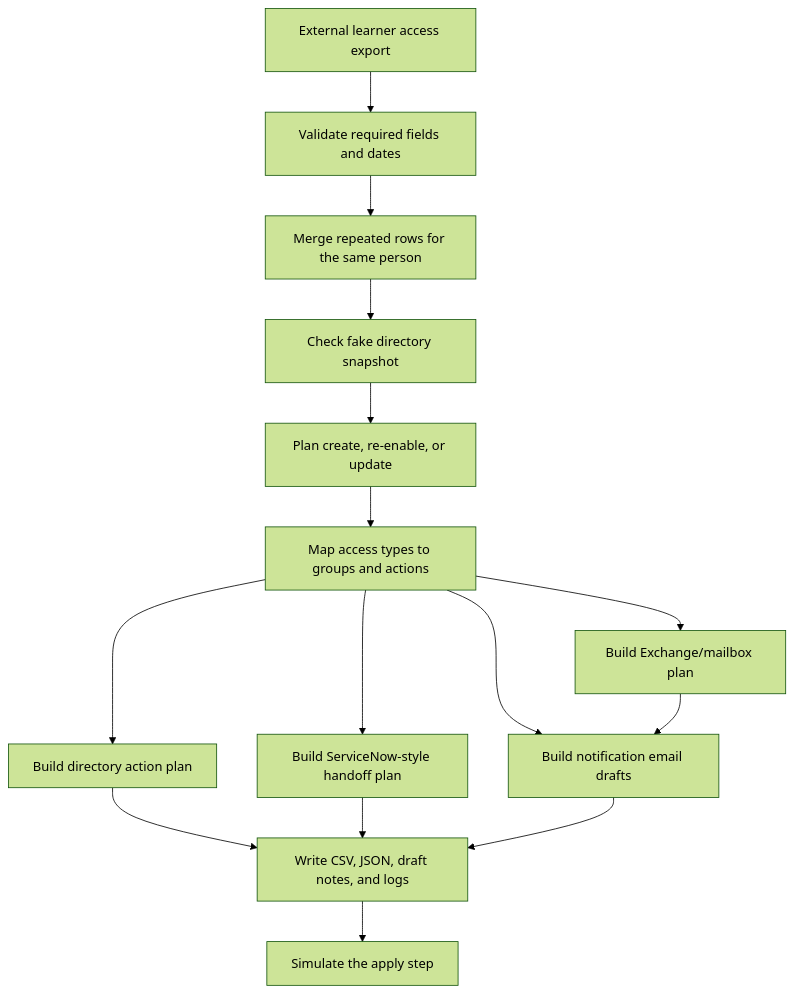
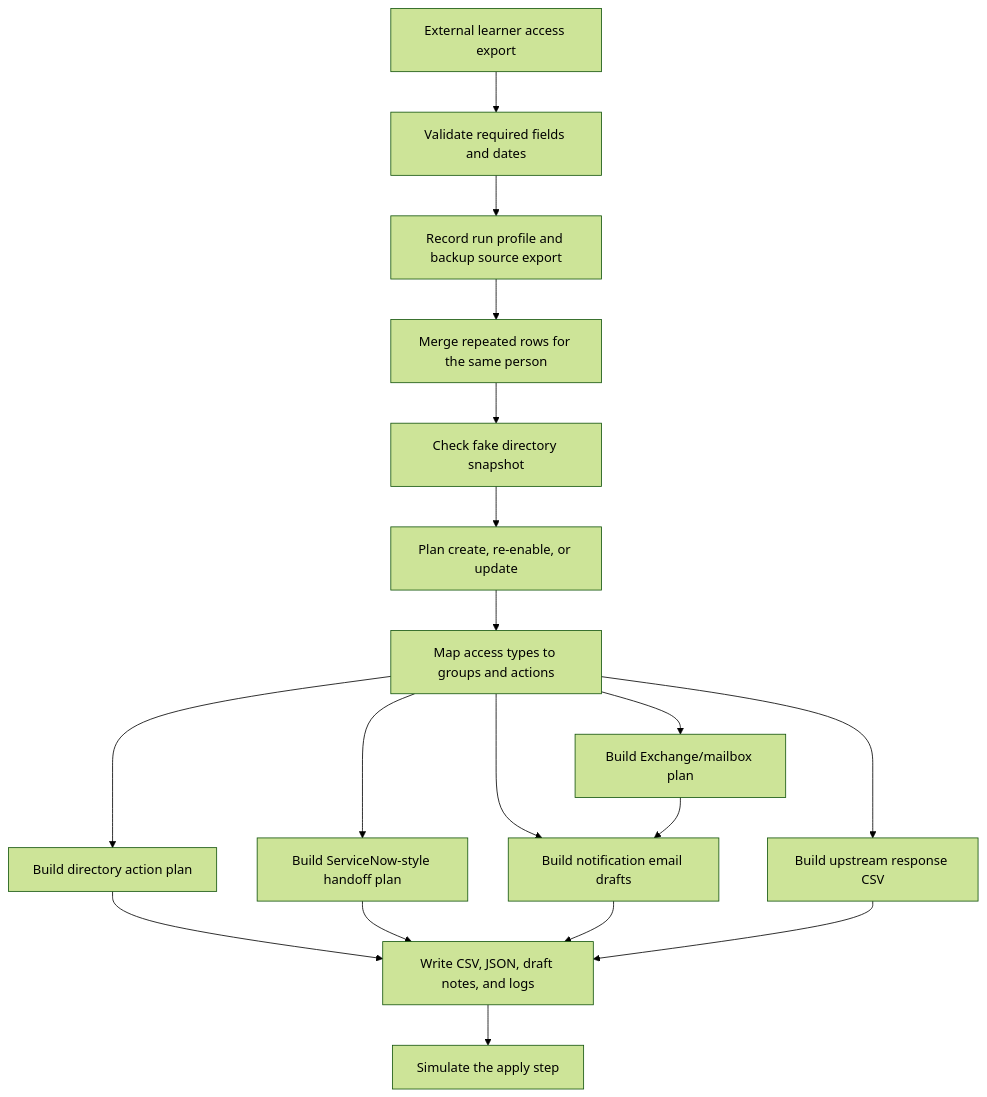
The diagram in enterprise-healthcare-systems/learner-onboarding-automation/README.md (benthompsondev/enterprise-powershell-systems), drawn with Mermaid (forest theme) before and after one commit. The commit also changed other lines of this file and 17 other files, not shown here.

````diff
--- a/enterprise-healthcare-systems/learner-onboarding-automation/README.md
+++ b/enterprise-healthcare-systems/learner-onboarding-automation/README.md
@@ -31,17 +36,20 @@
 ```mermaid
 flowchart TD
     A["External learner access export"] --> B["Validate required fields and dates"]
-    B --> C["Merge repeated rows for the same person"]
-    C --> D["Check fake directory snapshot"]
-    D --> E["Plan create, re-enable, or update"]
-    E --> F["Map access types to groups and actions"]
-    F --> G["Build directory action plan"]
-    F --> H["Build Exchange/mailbox plan"]
-    F --> I["Build ServiceNow-style handoff plan"]
-    F --> J["Build notification email drafts"]
-    G --> K["Write CSV, JSON, draft notes, and logs"]
-    H --> J
+    B --> C["Record run profile and backup source export"]
+    C --> D["Merge repeated rows for the same person"]
+    D --> E["Check fake directory snapshot"]
+    E --> F["Plan create, re-enable, or update"]
+    F --> G["Map access types to groups and actions"]
+    G --> H["Build directory action plan"]
+    G --> I["Build Exchange/mailbox plan"]
+    G --> J["Build ServiceNow-style handoff plan"]
+    G --> K["Build notification email drafts"]
+    G --> L["Build upstream response CSV"]
+    H --> M["Write CSV, JSON, draft notes, and logs"]
     I --> K
-    J --> K
-    K --> L["Simulate the apply step"]
+    J --> M
+    K --> M
+    L --> M
+    M --> N["Simulate the apply step"]
 ```
````
